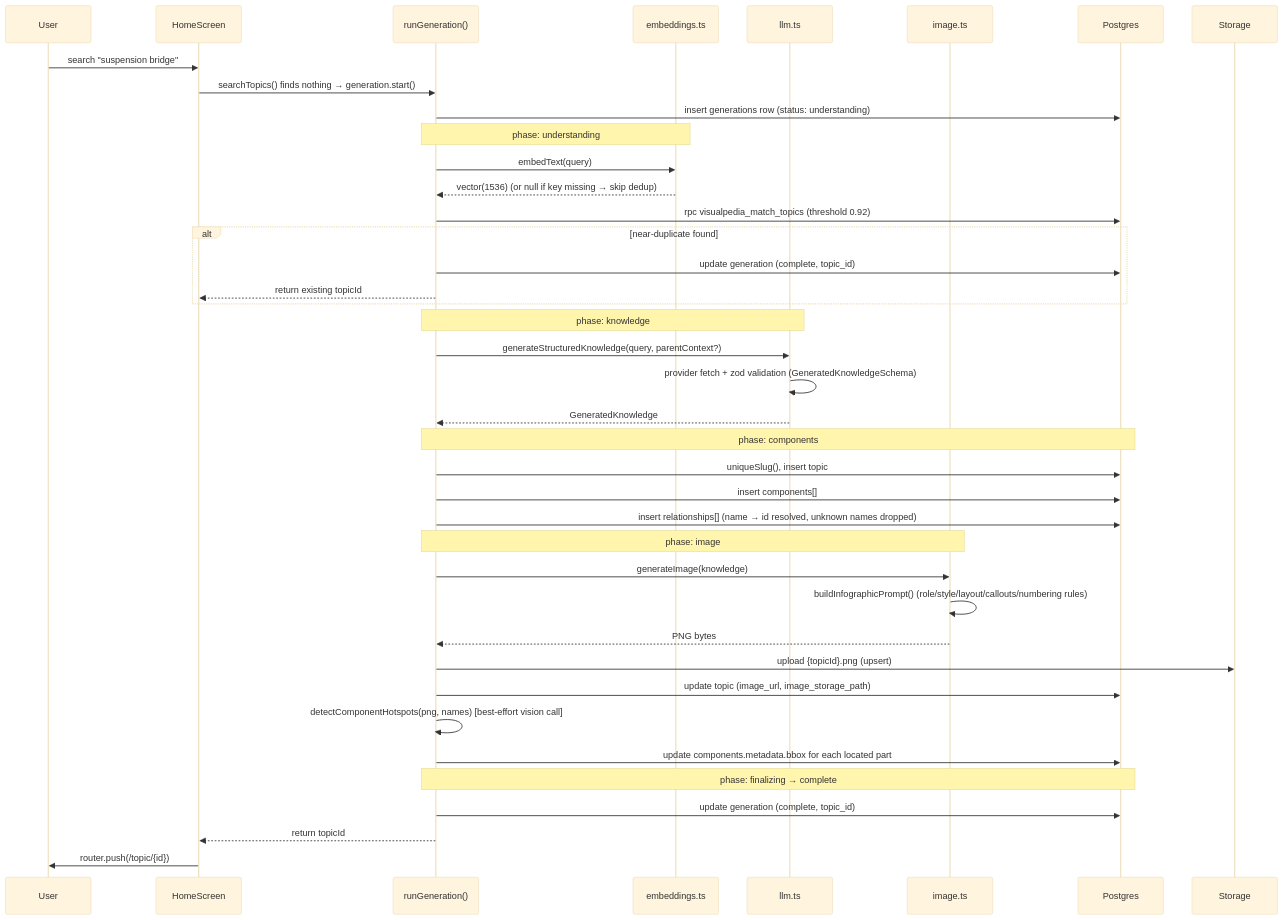
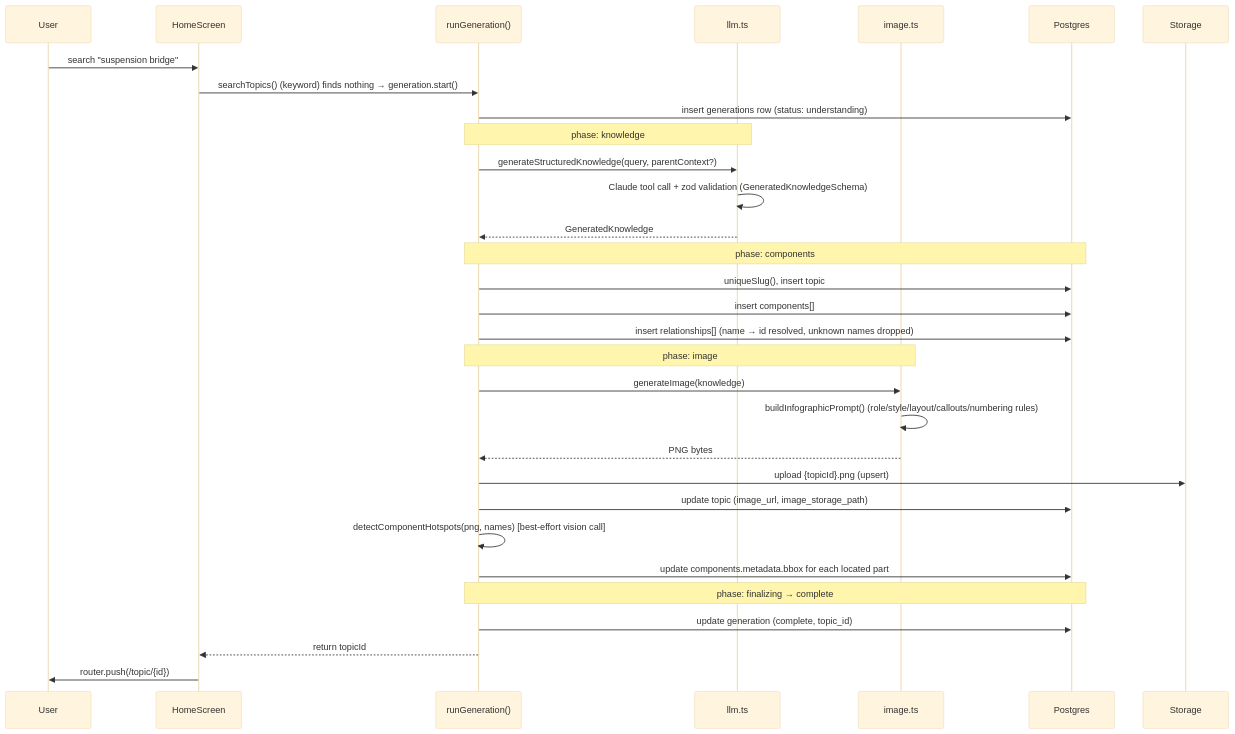
The second of 7 diagrams in docs/ARCHITECTURE.md (bernard676/cutaways), drawn with Mermaid (base theme) before and after one commit. The commit also changed other lines of this file and 27 other files, not shown here.

````diff
--- a/docs/ARCHITECTURE.md
+++ b/docs/ARCHITECTURE.md
@@ -71,48 +69,38 @@
 ```mermaid
 sequenceDiagram
     participant U as User
     participant H as HomeScreen
     participant G as runGeneration()
-    participant E as embeddings.ts
     participant L as llm.ts
     participant I as image.ts
     participant DB as Postgres
     participant S as Storage
 
     U->>H: search "suspension bridge"
-    H->>G: searchTopics() finds nothing → generation.start()
+    H->>G: searchTopics() (keyword) finds nothing → generation.start()
     G->>DB: insert generations row (status: understanding)
-
-    Note over G,E: phase: understanding
-    G->>E: embedText(query)
-    E-->>G: vector(1536)  (or null if key missing → skip dedup)
-    G->>DB: rpc visualpedia_match_topics (threshold 0.92)
-    alt near-duplicate found
-        G->>DB: update generation (complete, topic_id)
-        G-->>H: return existing topicId
-    end
 
     Note over G,L: phase: knowledge
     G->>L: generateStructuredKnowledge(query, parentContext?)
-    L->>L: provider fetch + zod validation (GeneratedKnowledgeSchema)
+    L->>L: Claude tool call + zod validation (GeneratedKnowledgeSchema)
     L-->>G: GeneratedKnowledge
 
     Note over G,DB: phase: components
     G->>DB: uniqueSlug(), insert topic
     G->>DB: insert components[]
     G->>DB: insert relationships[] (name → id resolved, unknown names dropped)
 
     Note over G,I: phase: image
     G->>I: generateImage(knowledge)
     I->>I: buildInfographicPrompt() (role/style/layout/callouts/numbering rules)
     I-->>G: PNG bytes
     G->>S: upload {topicId}.png (upsert)
     G->>DB: update topic (image_url, image_storage_path)
     G->>G: detectComponentHotspots(png, names) [best-effort vision call]
     G->>DB: update components.metadata.bbox for each located part
 
     Note over G,DB: phase: finalizing → complete
     G->>DB: update generation (complete, topic_id)
     G-->>H: return topicId
     H->>U: router.push(/topic/{id})
 ```
````
